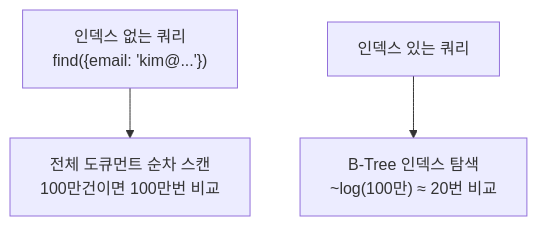
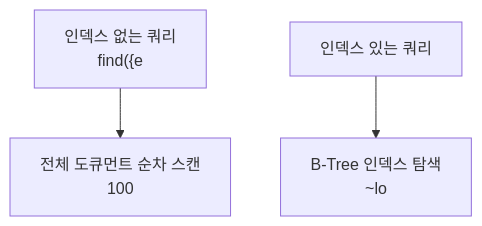
The third of 7 diagrams in _posts/nosql/2026-05-02-mongodb-deep.md (yjkim2015/yjkim2015.github.io), drawn with Mermaid before and after one commit. The commit also changed other lines of this file and 271 other files, not shown here.

First line of the commit message:
Mermaid 라벨 축소: 긴 노드 텍스트 18자 이하로 트림 + \n 제거

````diff
--- a/_posts/nosql/2026-05-02-mongodb-deep.md
+++ b/_posts/nosql/2026-05-02-mongodb-deep.md
@@ -196,7 +196,7 @@
 ```mermaid
 graph TD
-    Without["인덱스 없는 쿼리\nfind({email: 'kim@...'})"]
-    Without --> Scan["전체 도큐먼트 순차 스캔\n100만건이면 100만번 비교"]
+    Without["인덱스 없는 쿼리\nfind({e"]
+    Without --> Scan["전체 도큐먼트 순차 스캔\n100"]
     With["인덱스 있는 쿼리"]
-    With --> Index["B-Tree 인덱스 탐색\n~log(100만) ≈ 20번 비교"]
+    With --> Index["B-Tree 인덱스 탐색\n~lo"]
 ```
````
